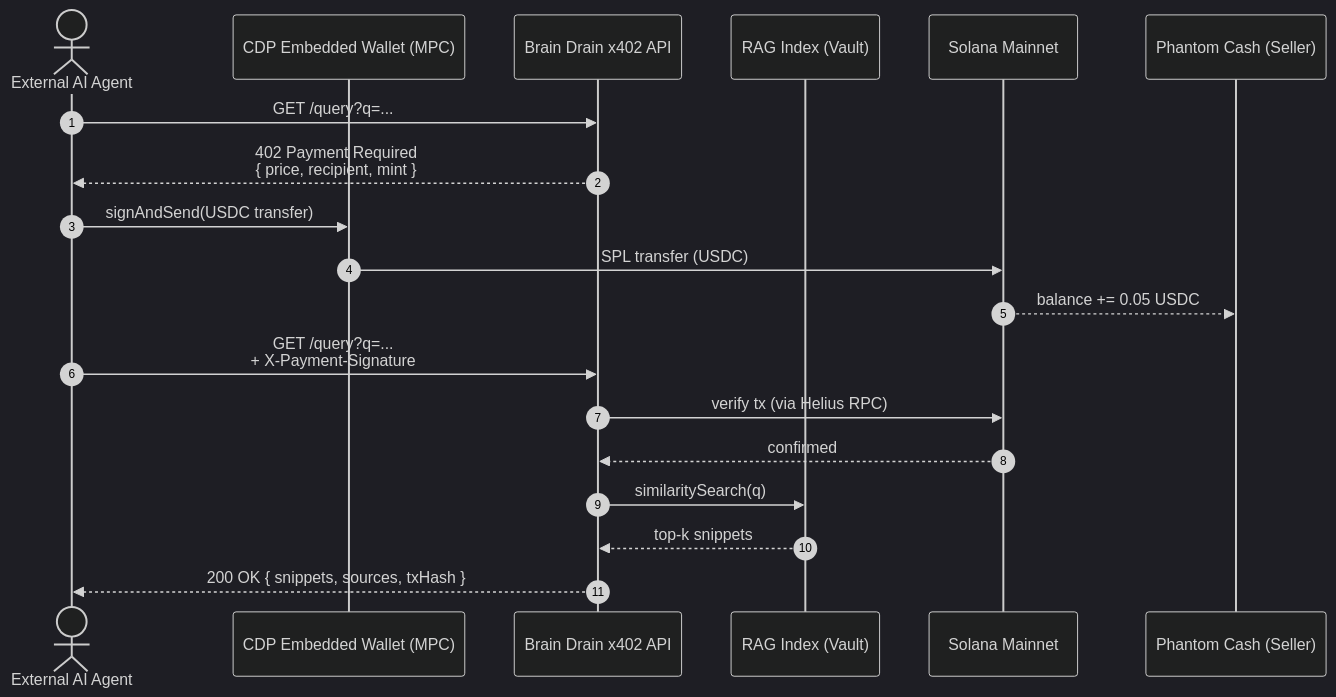
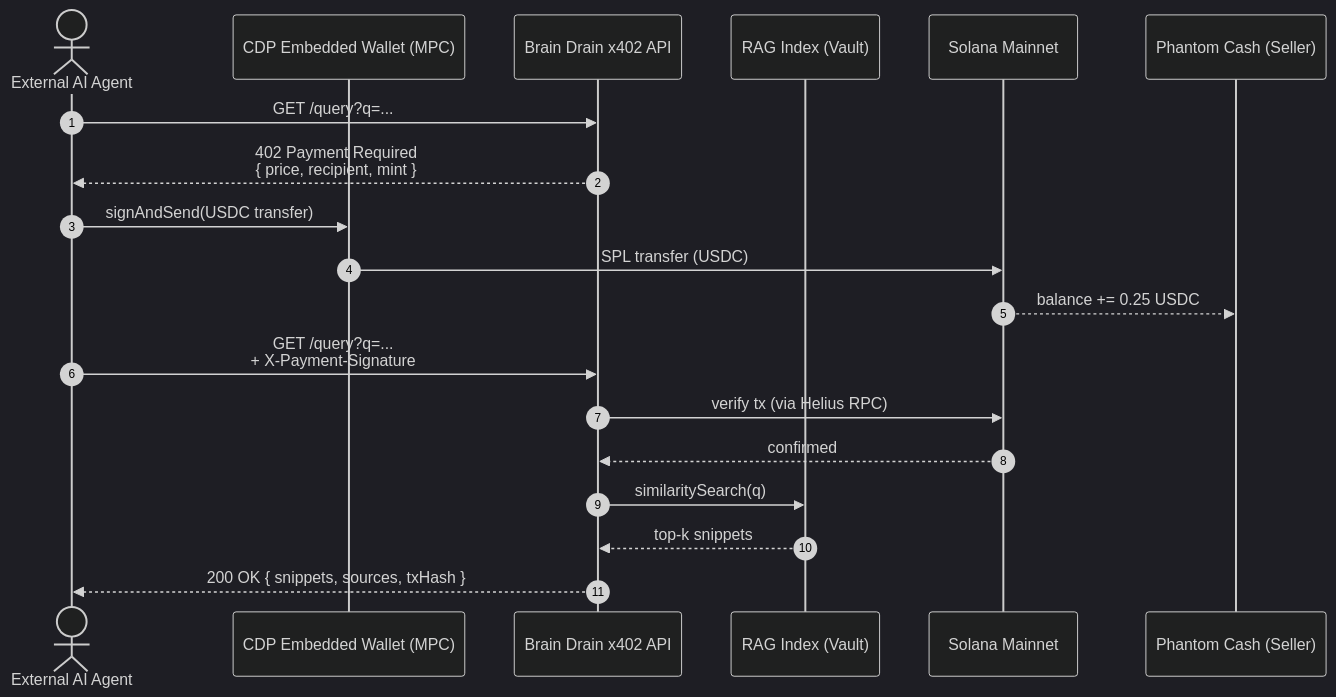
The diagram in docs/architecture.md (Bekirerdem/brain-drain), drawn with Mermaid (dark theme) before and after one commit. The commit also changed 14 other files, not shown here.

````diff
--- a/docs/architecture.md
+++ b/docs/architecture.md
@@ -5,22 +5,22 @@
 ```mermaid
 sequenceDiagram
     autonumber
     actor Buyer as External AI Agent
     participant CDP as CDP Embedded Wallet (MPC)
     participant API as Brain Drain x402 API
     participant RAG as RAG Index (Vault)
     participant Solana as Solana Mainnet
     participant Phantom as Phantom Cash (Seller)
 
     Buyer->>API: GET /query?q=...
     API-->>Buyer: 402 Payment Required<br/>{ price, recipient, mint }
     Buyer->>CDP: signAndSend(USDC transfer)
     CDP->>Solana: SPL transfer (USDC)
-    Solana-->>Phantom: balance += 0.05 USDC
+    Solana-->>Phantom: balance += 0.25 USDC
     Buyer->>API: GET /query?q=...<br/>+ X-Payment-Signature
     API->>Solana: verify tx (via Helius RPC)
     Solana-->>API: confirmed
     API->>RAG: similaritySearch(q)
     RAG-->>API: top-k snippets
     API-->>Buyer: 200 OK { snippets, sources, txHash }
 ```
````
